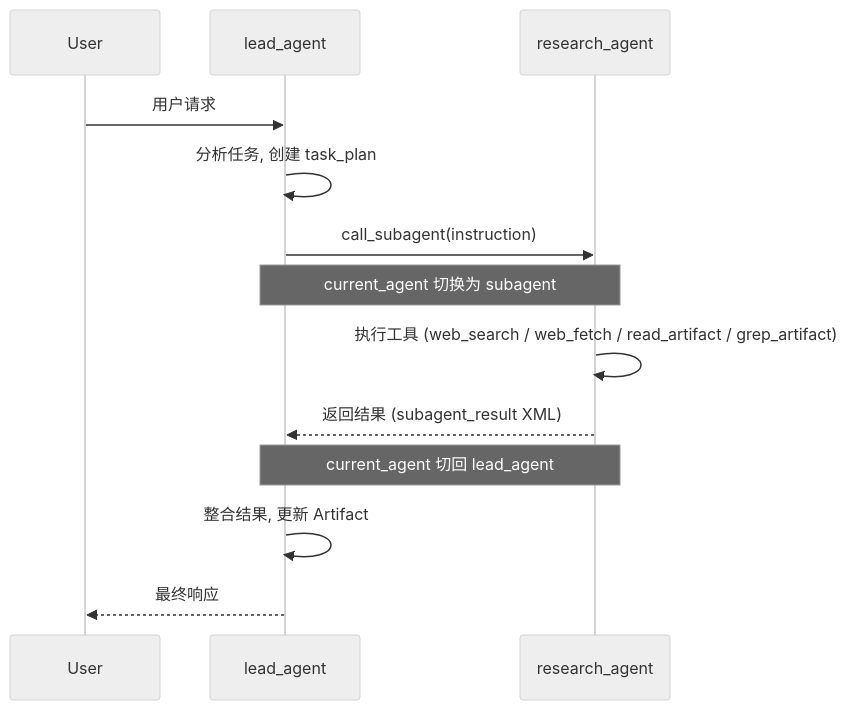
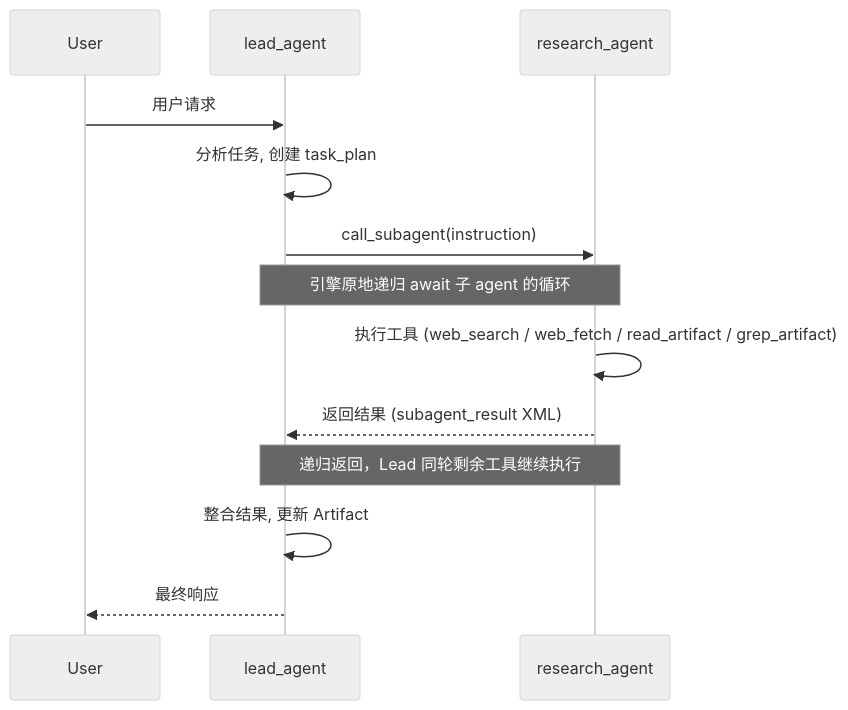
One commit to Neutrino1998/artifact-flow changed the diagram in docs/architecture/agents.md. Above: the diagram before and after it, drawn with Mermaid (neutral theme). The commit also changed other lines of this file and 13 other files, not shown here.

````diff
--- a/docs/architecture/agents.md
+++ b/docs/architecture/agents.md
@@ -135,19 +135,19 @@
 ```mermaid
 sequenceDiagram
     participant User
     participant Lead as lead_agent
     participant Sub as research_agent
 
     User->>Lead: 用户请求
     Lead->>Lead: 分析任务, 创建 task_plan
 
     Lead->>Sub: call_subagent(instruction)
-    Note over Lead,Sub: current_agent 切换为 subagent
+    Note over Lead,Sub: 引擎原地递归 await 子 agent 的循环
 
     Sub->>Sub: 执行工具 (web_search / web_fetch / read_artifact / grep_artifact)
     Sub-->>Lead: 返回结果 (subagent_result XML)
-    Note over Lead,Sub: current_agent 切回 lead_agent
+    Note over Lead,Sub: 递归返回，Lead 同轮剩余工具继续执行
 
     Lead->>Lead: 整合结果, 更新 Artifact
     Lead-->>User: 最终响应
 ```
````
